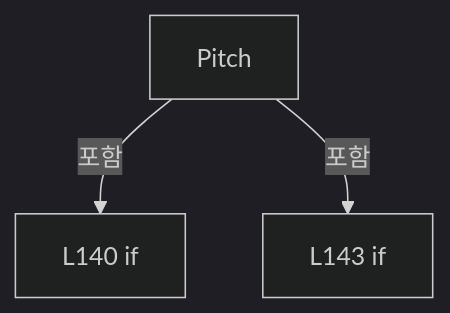
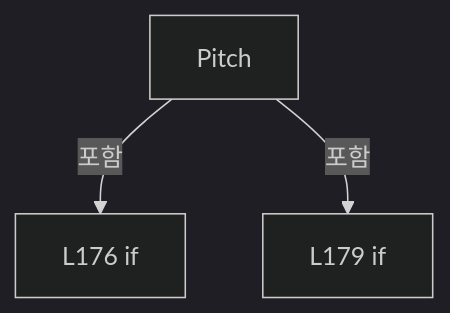
Before and after one commit to kjuws10-rgb/Shared: diagram 12 of 16 in A3 LD Code Ref/files/Drilling.Common/Correction/CDefaultOffsetCalibration.cs.md, drawn with Mermaid (dark theme). The commit also changed other lines of this file and 1984 other files, not shown here.

Commit message:
docs(a3): update 11.17.0 architecture and complete code reference

````diff
--- a/A3 LD Code Ref/files/Drilling.Common/Correction/CDefaultOffsetCalibration.cs.md
+++ b/A3 LD Code Ref/files/Drilling.Common/Correction/CDefaultOffsetCalibration.cs.md
@@ -942,8 +1165,8 @@
 ```mermaid
 flowchart TD
  M["Pitch"]
- N0["L140 if"]
+ N0["L176 if"]
  M -->|포함| N0
- N1["L143 if"]
+ N1["L179 if"]
  M -->|포함| N1
 ```
````
